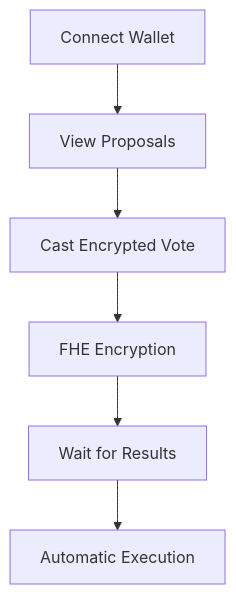
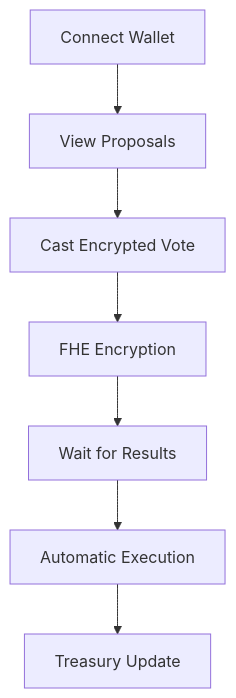
Before and after one commit to Eva-Rodriguez-Bug/cipher-dao-spend: the diagram in README.md, drawn with Mermaid. The commit also changed other lines of this file and 4 other files, not shown here.

````diff
--- a/README.md
+++ b/README.md
@@ -59,8 +70,9 @@
 ```mermaid
 graph TD
     A[Connect Wallet] --> B[View Proposals]
     B --> C[Cast Encrypted Vote]
     C --> D[FHE Encryption]
     D --> E[Wait for Results]
     E --> F[Automatic Execution]
+    F --> G[Treasury Update]
 ```
````
